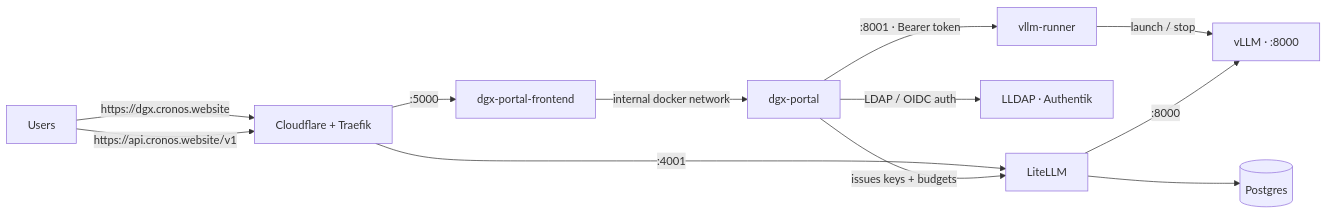
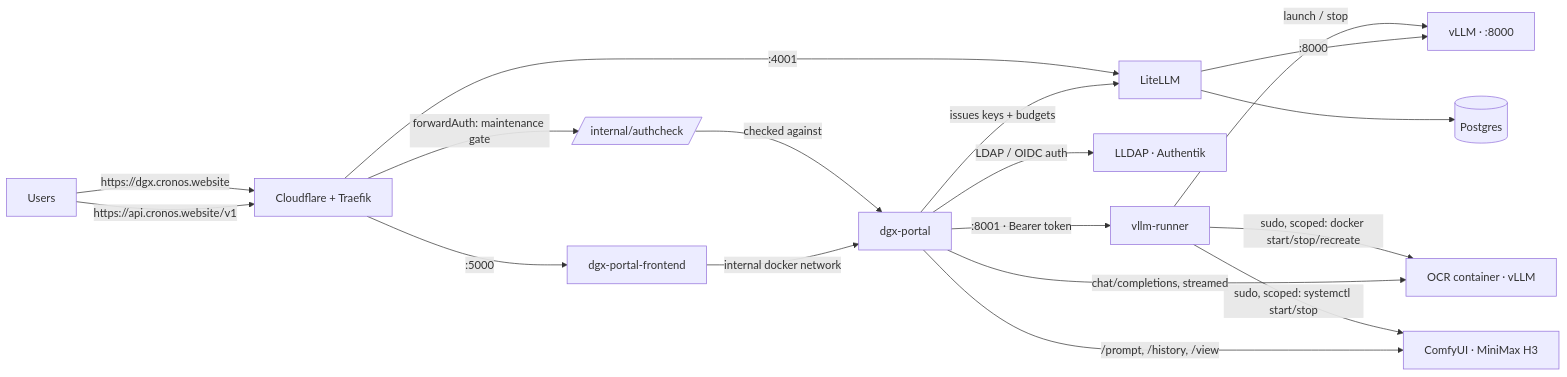
Before and after one commit to Sunderrrr/dgx-spark-llm-platform: the diagram in README.md, drawn with Mermaid. The commit also changed other lines of this file and 19 other files, not shown here.

First line of the commit message:
Add OCR, video generation, and admin maintenance mode

````diff
--- a/README.md
+++ b/README.md
@@ -25,14 +30,20 @@
 ```mermaid
 flowchart LR
   U[Users] -->|https://dgx.cronos.website| CF[Cloudflare + Traefik]
   U -->|https://api.cronos.website/v1| CF
+  CF -->|forwardAuth: maintenance gate| AC[/internal/authcheck/]
+  AC -->|checked against| P
   CF -->|:5000| F[dgx-portal-frontend]
   CF -->|:4001| L[LiteLLM]
   F -->|internal docker network| P[dgx-portal]
   P -->|LDAP / OIDC auth| IDP[LLDAP · Authentik]
   P -->|issues keys + budgets| L
   P -->|:8001 · Bearer token| R[vllm-runner]
   R -->|launch / stop| V[vLLM · :8000]
+  R -->|sudo, scoped: docker start/stop/recreate| O[OCR container · vLLM]
+  R -->|sudo, scoped: systemctl start/stop| CU[ComfyUI · MiniMax H3]
   L -->|:8000| V
   L --> PG[(Postgres)]
+  P -->|chat/completions, streamed| O
+  P -->|/prompt, /history, /view| CU
 ```
````
